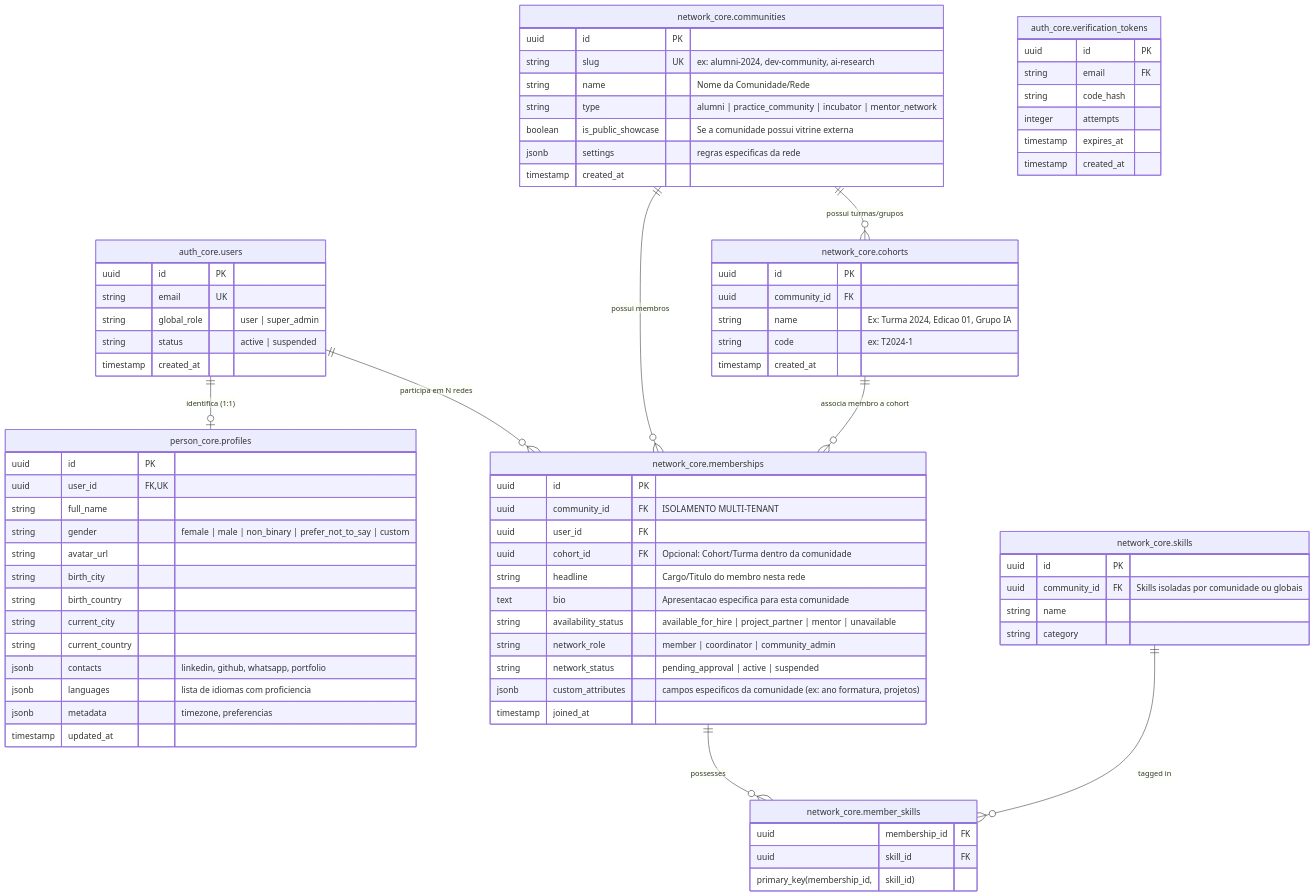
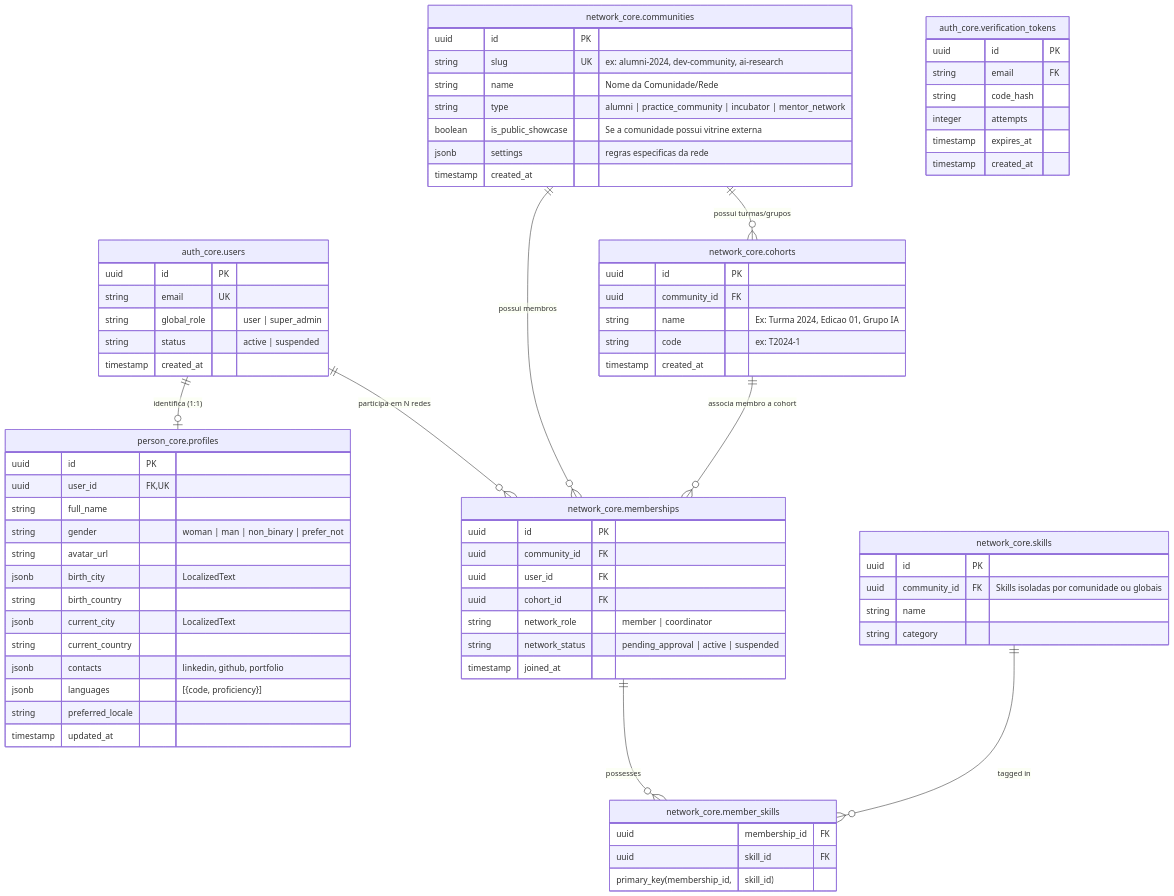
The diagram in docs/architecture/diagrams/alumni-database.md (colabcolibri/comuna), drawn with Mermaid before and after one commit. The commit also changed 103 other files, not shown here.

```diff
--- a/docs/architecture/diagrams/alumni-database.md
+++ b/docs/architecture/diagrams/alumni-database.md
@@ -30,15 +30,15 @@
         uuid id PK
         uuid user_id FK, UK
         string full_name
-        string gender "female | male | non_binary | prefer_not_to_say | custom"
+        string gender "woman | man | non_binary | prefer_not"
         string avatar_url
-        string birth_city
+        jsonb birth_city "LocalizedText"
         string birth_country
-        string current_city
+        jsonb current_city "LocalizedText"
         string current_country
-        jsonb contacts "linkedin, github, whatsapp, portfolio"
-        jsonb languages "lista de idiomas com proficiencia"
-        jsonb metadata "timezone, preferencias"
+        jsonb contacts "linkedin, github, portfolio"
+        jsonb languages "[{code, proficiency}]"
+        string preferred_locale
         timestamp updated_at
     }
 
@@ -62,15 +62,11 @@
 
     "network_core.memberships" {
         uuid id PK
-        uuid community_id FK "ISOLAMENTO MULTI-TENANT"
+        uuid community_id FK
         uuid user_id FK
-        uuid cohort_id FK "Opcional: Cohort/Turma dentro da comunidade"
-        string headline "Cargo/Titulo do membro nesta rede"
-        text bio "Apresentacao especifica para esta comunidade"
-        string availability_status "available_for_hire | project_partner | mentor | unavailable"
-        string network_role "member | coordinator | community_admin"
+        uuid cohort_id FK
+        string network_role "member | coordinator"
         string network_status "pending_approval | active | suspended"
-        jsonb custom_attributes "campos especificos da comunidade (ex: ano formatura, projetos)"
         timestamp joined_at
     }
 
```
